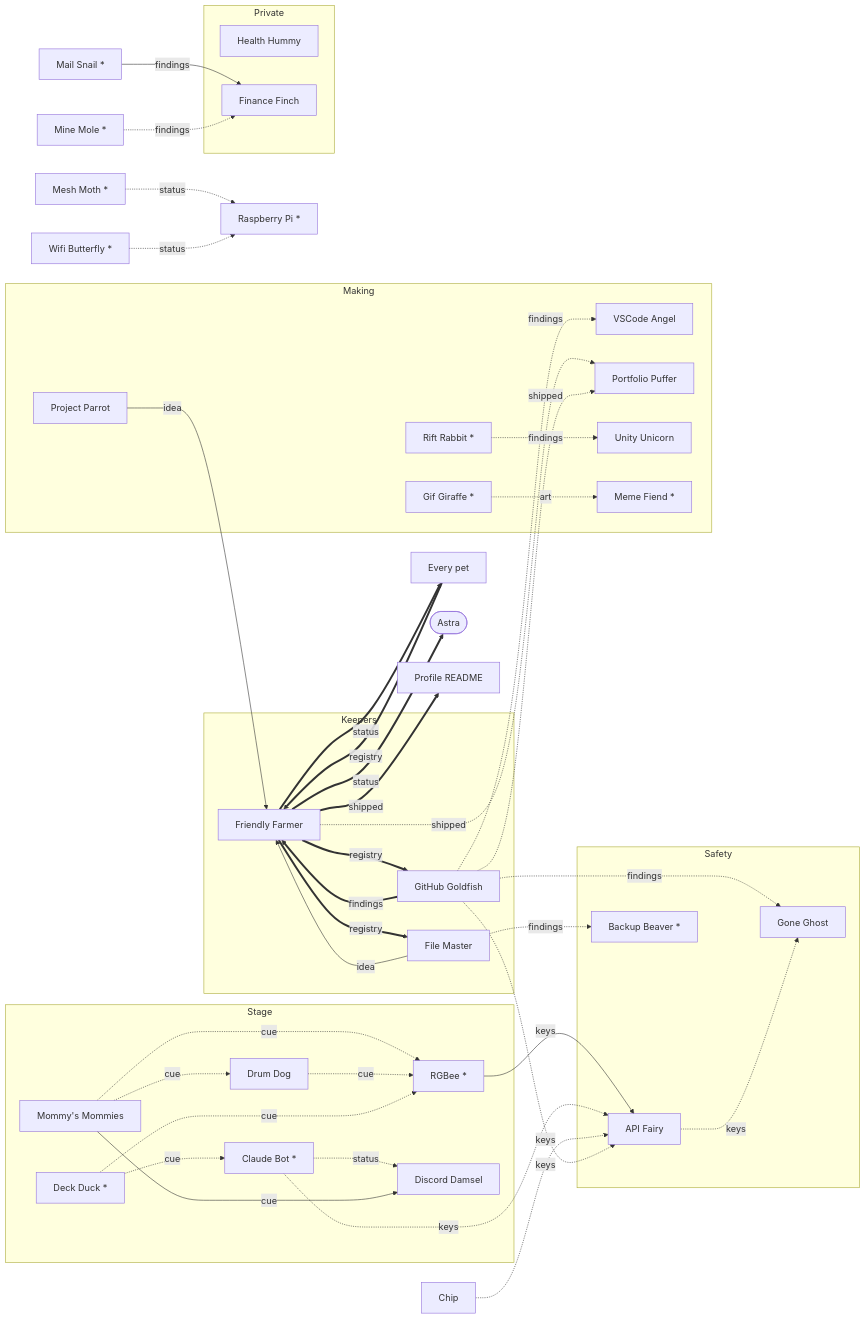
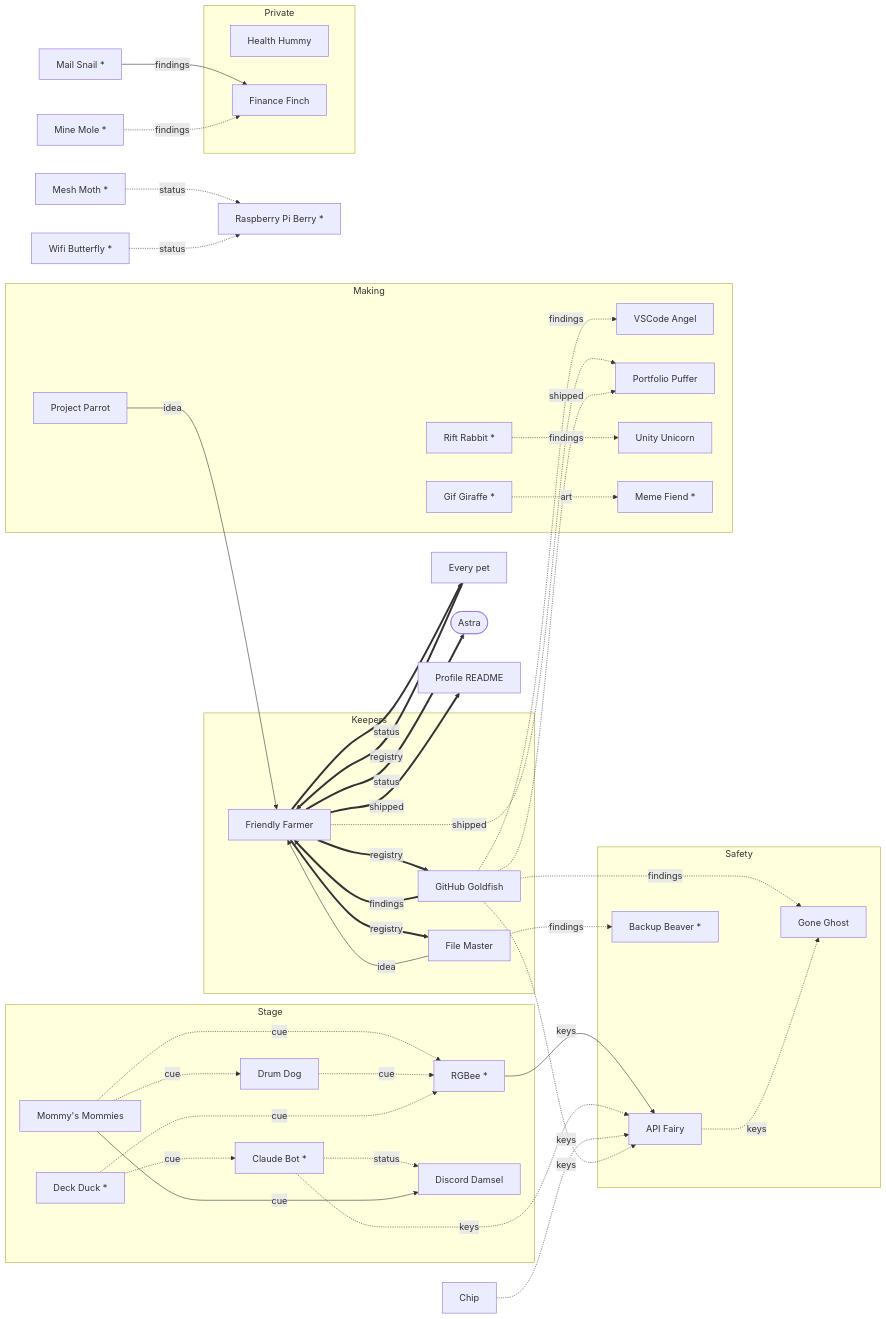
One commit to findastra/astras-pet-apps changed the second of 2 diagrams in RELATIONS.md. Above: the diagram before and after it, drawn with Mermaid. The commit also changed other lines of this file and 17 other files, not shown here.

````diff
--- a/RELATIONS.md
+++ b/RELATIONS.md
@@ -38,75 +38,75 @@
 ```mermaid
 flowchart LR
   subgraph Keepers["Keepers"]
     astras_pet_os["Friendly Farmer"]
     github_goldfish["GitHub Goldfish"]
     file_master["File Master"]
   end
   subgraph Safety["Safety"]
     api_fairy["API Fairy"]
     ghost_protocol["Gone Ghost"]
     backup_beaver["Backup Beaver *"]
   end
   subgraph Making["Making"]
     project_parrot["Project Parrot"]
     vscode_angel["VSCode Angel"]
     portfolio_puffer["Portfolio Puffer"]
     unity_unicorn["Unity Unicorn"]
     rift_rabbit["Rift Rabbit *"]
     astras_gif_maker["Gif Giraffe *"]
     meme_fiend["Meme Fiend *"]
   end
   subgraph Stage["Stage"]
     mommys["Mommy's Mommies"]
     drum_dog["Drum Dog"]
     rgbee["RGBee *"]
     deck_duck["Deck Duck *"]
     claude_bot["Claude Bot *"]
     findastra_discord_presence["Discord Damsel"]
   end
   subgraph Private["Private"]
     health_hummy["Health Hummy"]
     finance_finch["Finance Finch"]
   end
   pets["Every pet"]
   astra(["Astra"])
   profile["Profile README"]
   data_dealer["Chip"]
   mail_snail["Mail Snail *"]
   mine_mole["Mine Mole *"]
   mesh_moth["Mesh Moth *"]
-  raspberry_berry["Raspberry Pi *"]
+  raspberry_berry["Raspberry Pi Berry *"]
   wifi_butterfly["Wifi Butterfly *"]
   pets ==>|registry| astras_pet_os
   astras_pet_os ==>|status| pets
   astras_pet_os ==>|status| astra
   astras_pet_os ==>|shipped| profile
   astras_pet_os ==>|registry| github_goldfish
   github_goldfish ==>|findings| astras_pet_os
   astras_pet_os ==>|registry| file_master
   file_master -->|idea| astras_pet_os
   project_parrot -->|idea| astras_pet_os
   github_goldfish -.->|findings| vscode_angel
   github_goldfish -.->|findings| ghost_protocol
   api_fairy -.->|keys| ghost_protocol
   rgbee -->|keys| api_fairy
   claude_bot -.->|keys| api_fairy
   data_dealer -.->|keys| api_fairy
   github_goldfish -.->|keys| api_fairy
   astras_pet_os -.->|shipped| portfolio_puffer
   claude_bot -.->|status| findastra_discord_presence
   mommys -.->|cue| rgbee
   mommys -.->|cue| drum_dog
   drum_dog -.->|cue| rgbee
   deck_duck -.->|cue| rgbee
   deck_duck -.->|cue| claude_bot
   rift_rabbit -.->|findings| unity_unicorn
   astras_gif_maker -.->|art| meme_fiend
   file_master -.->|findings| backup_beaver
   mail_snail -->|findings| finance_finch
   mommys -->|cue| findastra_discord_presence
   github_goldfish -.->|shipped| portfolio_puffer
   mine_mole -.->|findings| finance_finch
   mesh_moth -.->|status| raspberry_berry
   wifi_butterfly -.->|status| raspberry_berry
 ```
````
